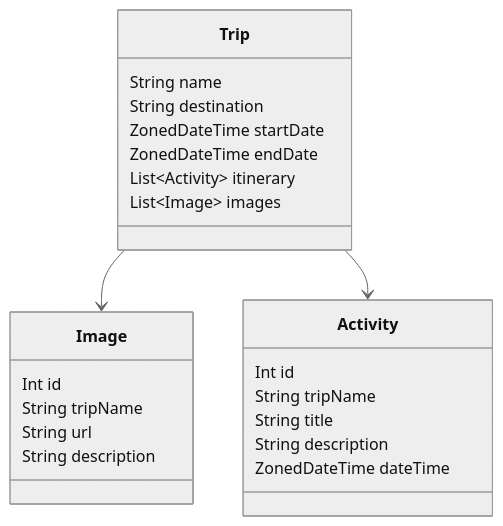
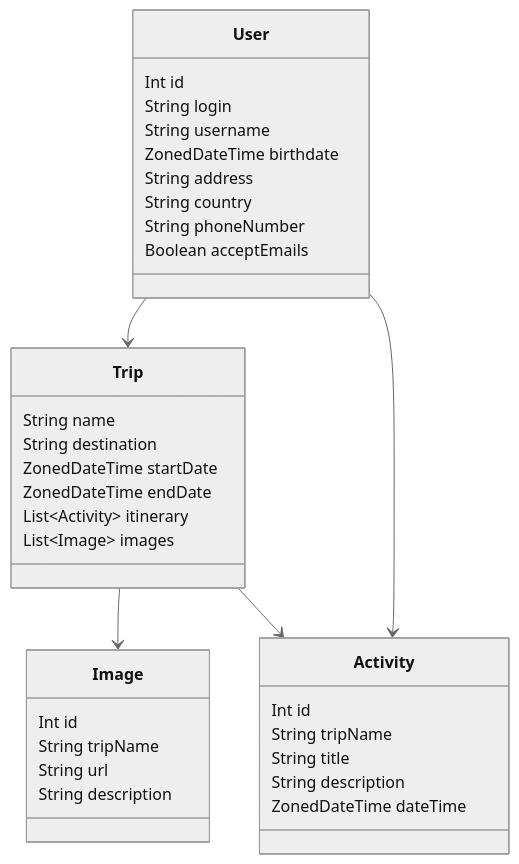
Before and after one commit to xBlanco/Zeni: the first of 2 diagrams in docs/Design.md, drawn with Mermaid (neutral theme). The commit also changed other lines of this file and 10 other files, not shown here.

````diff
--- a/docs/Design.md
+++ b/docs/Design.md
@@ -54,29 +65,42 @@
 ```mermaid
 classDiagram
 Trip --> Image
 Trip --> Activity
+User --> Trip
+User --> Activity
 
 class Trip {
     String name
     String destination
     ZonedDateTime startDate
     ZonedDateTime endDate
     List~Activity~ itinerary
     List~Image~ images
 }
 
 class Image {
     Int id
     String tripName
     String url
     String description
 }
 
 class Activity {
     Int id
     String tripName
     String title
     String description
     ZonedDateTime dateTime
 }
+
+class User {
+    Int id
+    String login
+    String username
+    ZonedDateTime birthdate
+    String address
+    String country
+    String phoneNumber
+    Boolean acceptEmails
+}
 ```
````
